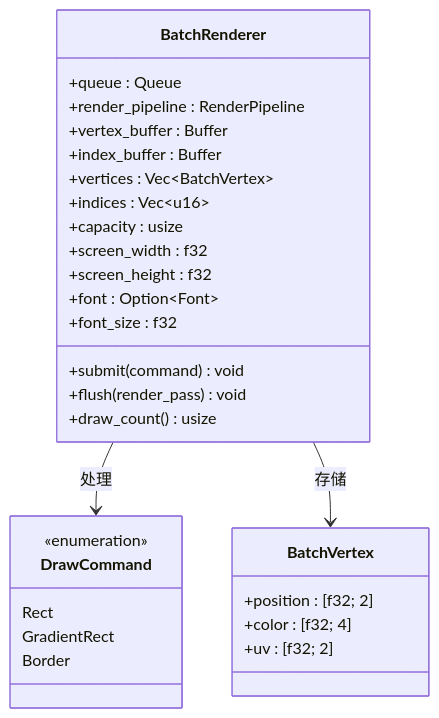
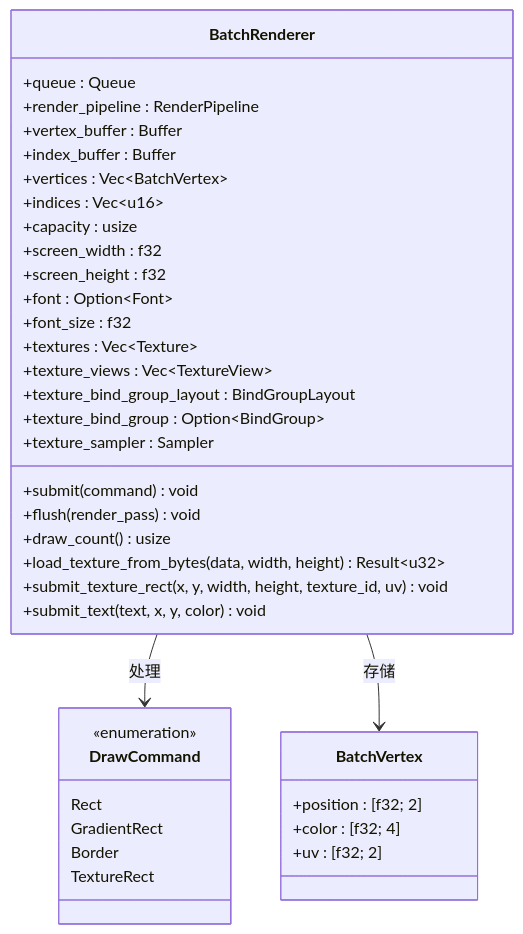
One commit to itszzl-sudo/iris changed the fifth of 22 diagrams in .qoder/repowiki/zh/content/核心功能特性/自研浏览器级渲染能力.md. Above: the diagram before and after it, drawn with Mermaid. The commit also changed other lines of this file and 4 other files, not shown here.

````diff
--- a/.qoder/repowiki/zh/content/核心功能特性/自研浏览器级渲染能力.md
+++ b/.qoder/repowiki/zh/content/核心功能特性/自研浏览器级渲染能力.md
@@ -226,32 +222,41 @@
 ```mermaid
 classDiagram
 class BatchRenderer {
 +queue : Queue
 +render_pipeline : RenderPipeline
 +vertex_buffer : Buffer
 +index_buffer : Buffer
 +vertices : Vec~BatchVertex~
 +indices : Vec~u16~
 +capacity : usize
 +screen_width : f32
 +screen_height : f32
 +font : Option~Font~
 +font_size : f32
++textures : Vec~Texture~
++texture_views : Vec~TextureView~
++texture_bind_group_layout : BindGroupLayout
++texture_bind_group : Option~BindGroup~
++texture_sampler : Sampler
 +submit(command) void
 +flush(render_pass) void
 +draw_count() usize
++load_texture_from_bytes(data, width, height) Result~u32~
++submit_texture_rect(x, y, width, height, texture_id, uv) void
++submit_text(text, x, y, color) void
 }
 class DrawCommand {
 <<enumeration>>
 Rect
 GradientRect
 Border
+TextureRect
 }
 class BatchVertex {
 +position : [f32; 2]
 +color : [f32; 4]
 +uv : [f32; 2]
 }
 BatchRenderer --> DrawCommand : 处理
 BatchRenderer --> BatchVertex : 存储
 ```
````
